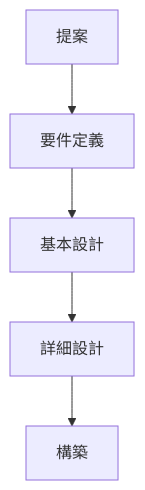
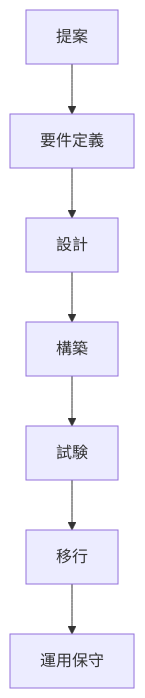
One commit to legitwhiz/legitwhiz.github.io changed the fourth of 4 diagrams in technology_memo/images/tmp/memo/2020/ITインフラ設計.md. Above: the diagram before and after it, drawn with Mermaid. The commit also changed other lines of this file, not shown here.

````diff
--- a/technology_memo/images/tmp/memo/2020/ITインフラ設計.md
+++ b/technology_memo/images/tmp/memo/2020/ITインフラ設計.md
@@ -251,12 +296,11 @@
 ```mermaid
 graph TB
 
 A[提案] -->B[要件定義]
-B -->C[基本設計]
-C -->D[詳細設計]
-D -->E[構築]
-
-
-  
-
+B -->C[設計]
+C -->D[構築]
+D -->E[試験]
+E-->F[移行]
+F -->G[運用保守]
+A
 ```
````
